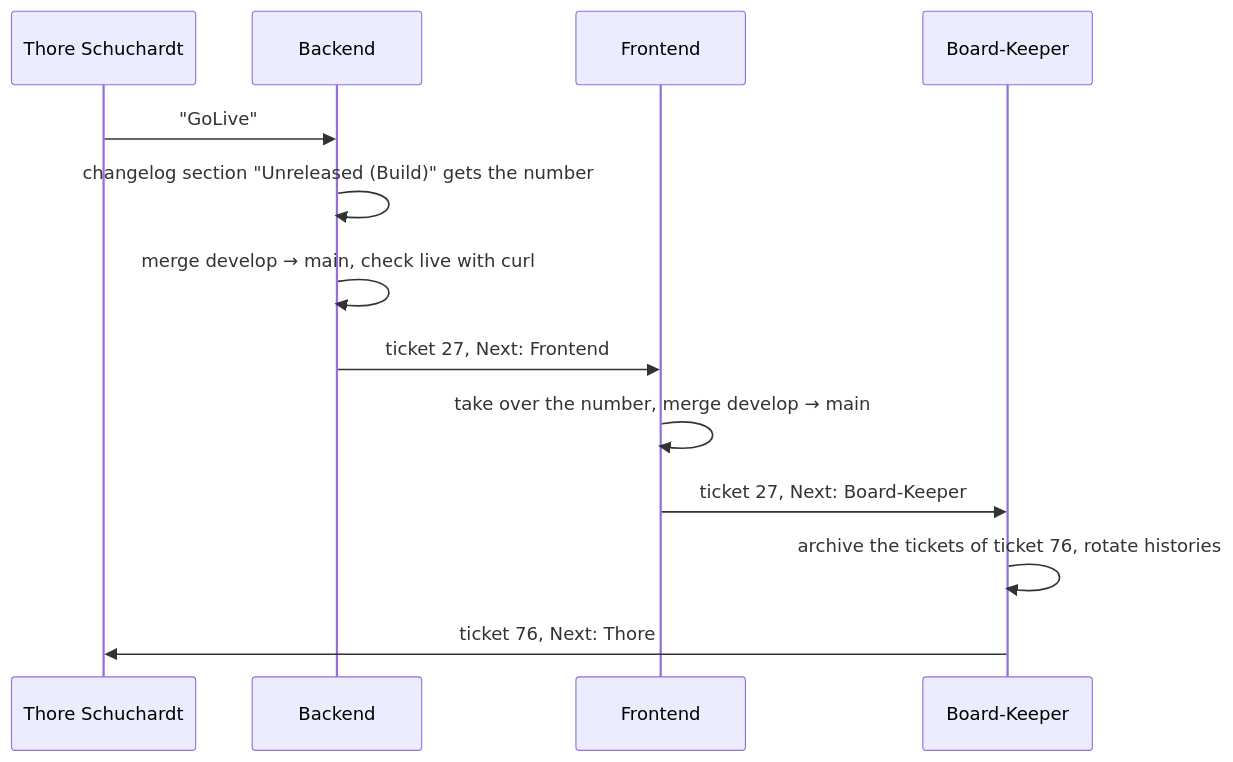
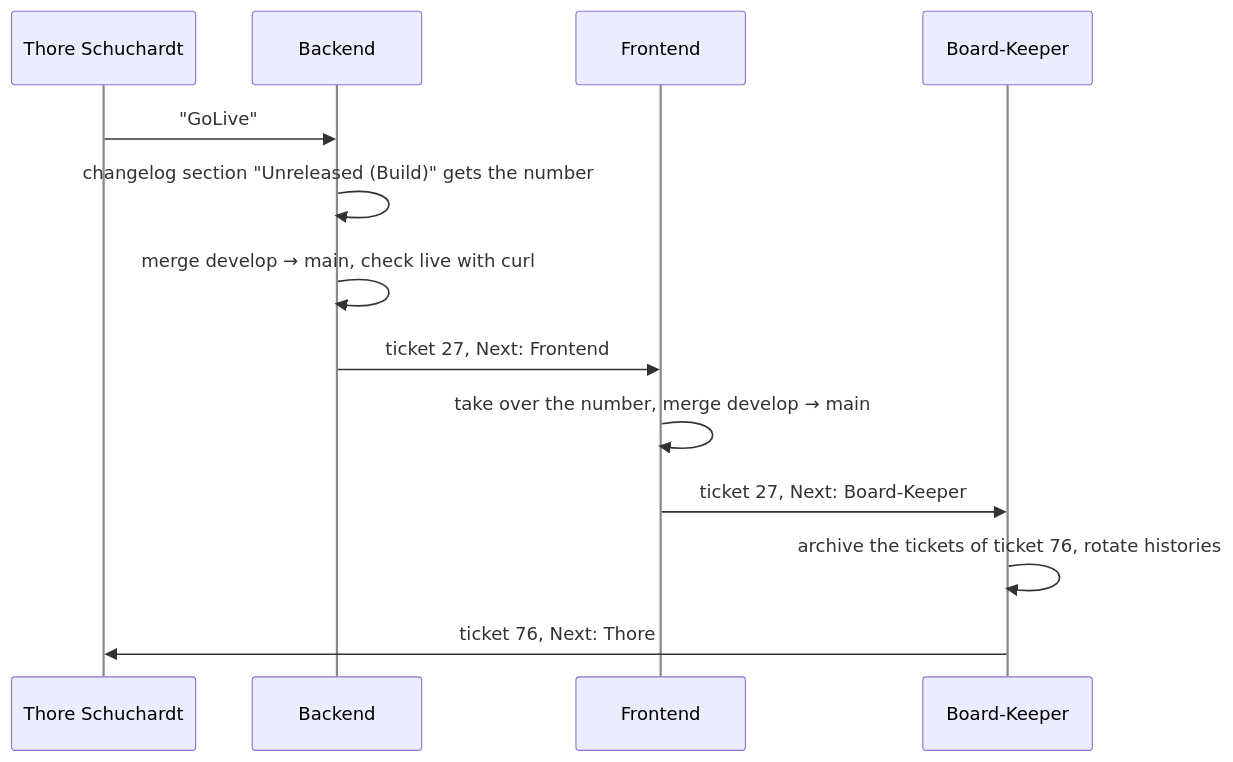
The diagram in docs/showcase/golive.en.md (Tschuchi/EDChar-Docs), drawn with Mermaid before and after one commit. The commit also changed 9 other files, not shown here.

````diff
--- a/docs/showcase/golive.en.md
+++ b/docs/showcase/golive.en.md
@@ -13,15 +13,16 @@
 ```mermaid
+%%{init: {"themeVariables": {"actorLineColor": "#8a8a8a"}}}%%
 sequenceDiagram
     participant T as Thore Schuchardt
     participant BE as Backend
     participant FE as Frontend
     participant BK as Board-Keeper
     T->>BE: "GoLive"
     BE->>BE: changelog section "Unreleased (Build)" gets the number
     BE->>BE: merge develop → main, check live with curl
     BE->>FE: ticket 27, Next: Frontend
     FE->>FE: take over the number, merge develop → main
     FE->>BK: ticket 27, Next: Board-Keeper
     BK->>BK: archive the tickets of ticket 76, rotate histories
     BK->>T: ticket 76, Next: Thore
 ```
````
